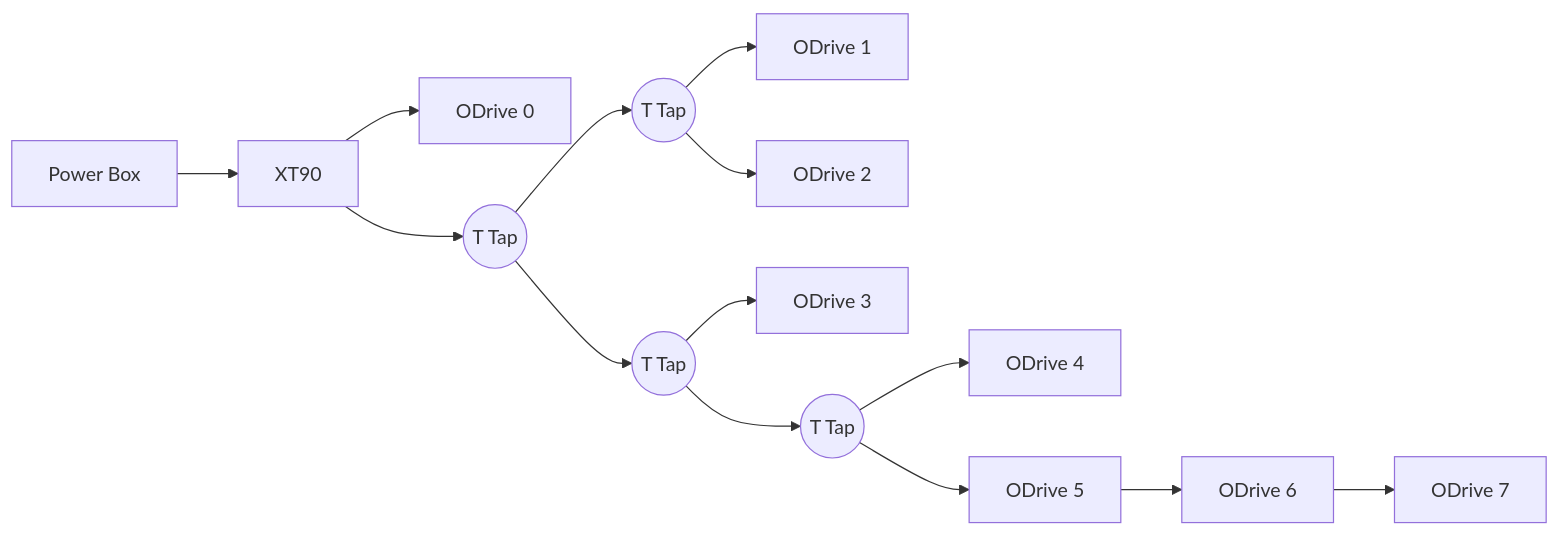
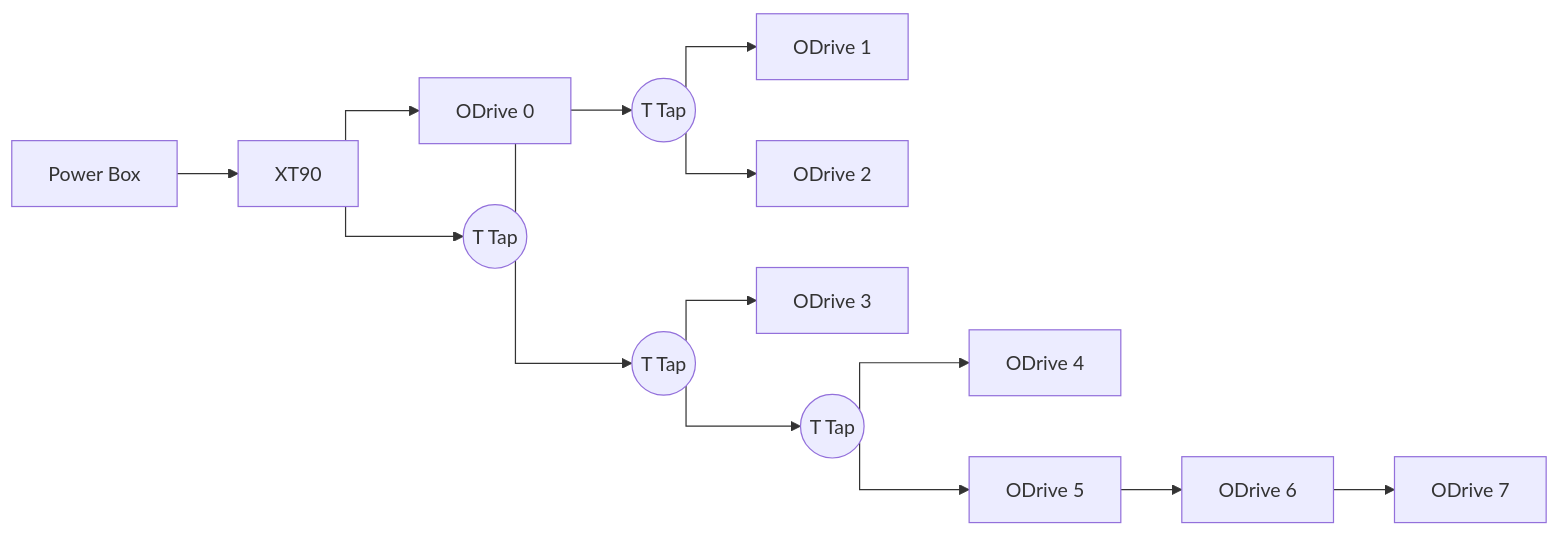
The second of 2 diagrams in README.md (JesseDarr/dARM), drawn with Mermaid before and after one commit.

````diff
--- a/README.md
+++ b/README.md
@@ -166,16 +166,17 @@
-```mermaid                          
+```mermaid
+%%{ init: { 'flowchart': { 'curve': 'stepBefore' } } }%%
 flowchart LR
     PowerBox[Power Box] --> XT90[XT90]
     XT90 --> ODrive0[ODrive 0]
     XT90 --> T0((T Tap))
     T0 --> T1((T Tap))
     T0 --> T2((T Tap))
     T1 --> ODrive1[ODrive 1]
     T1 --> ODrive2[ODrive 2]
     T2 --> ODrive3[ODrive 3]
     T2 --> T3((T Tap))
     T3 --> ODrive4[ODrive 4]
     T3 --> ODrive5[ODrive 5]
     ODrive5 --> ODrive6[ODrive 6]
     ODrive6 --> ODrive7[ODrive 7]
 ```
````
